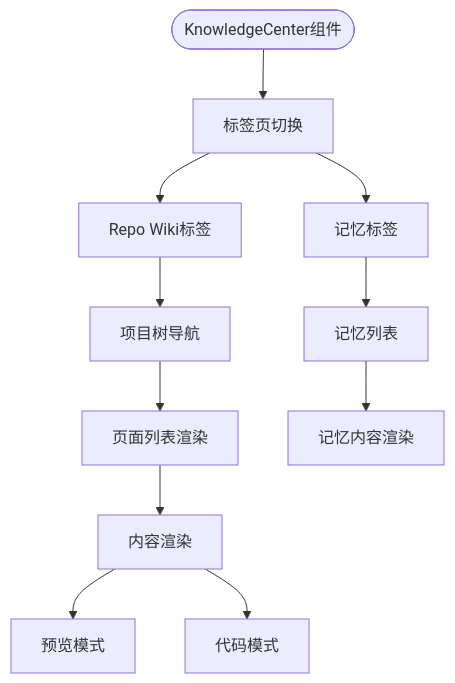
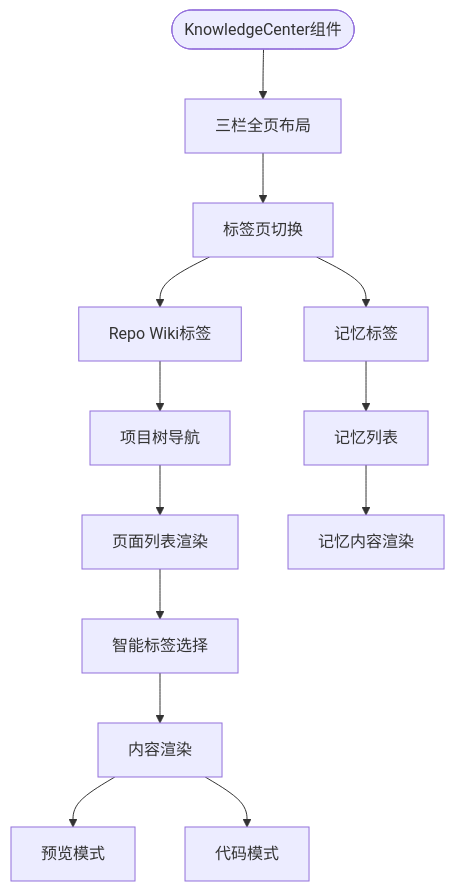
Before and after one commit to coconilu/RepoHelm: the third of 8 diagrams in .qoder/repowiki/zh/content/知识库系统.md, drawn with Mermaid. The commit also changed other lines of this file and 16 other files, not shown here.

````diff
--- a/.qoder/repowiki/zh/content/知识库系统.md
+++ b/.qoder/repowiki/zh/content/知识库系统.md
@@ -224,13 +239,15 @@
 ```mermaid
 flowchart TD
-Start(["KnowledgeCenter组件"]) --> TabSwitch["标签页切换"]
+Start(["KnowledgeCenter组件"]) --> Layout["三栏全页布局"]
+Layout --> TabSwitch["标签页切换"]
 TabSwitch --> WikiTab["Repo Wiki标签"]
 TabSwitch --> MemoryTab["记忆标签"]
 WikiTab --> ProjectTree["项目树导航"]
 ProjectTree --> PageList["页面列表渲染"]
-PageList --> ContentView["内容渲染"]
+PageList --> SmartSelect["智能标签选择"]
+SmartSelect --> ContentView["内容渲染"]
 ContentView --> PreviewMode["预览模式"]
 ContentView --> CodeMode["代码模式"]
 MemoryTab --> MemoryList["记忆列表"]
 MemoryList --> MemoryView["记忆内容渲染"]
 ```
````
